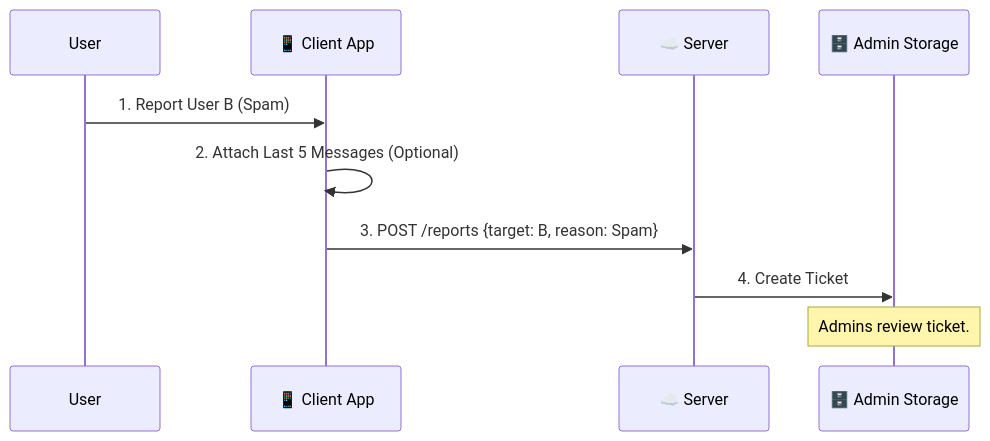
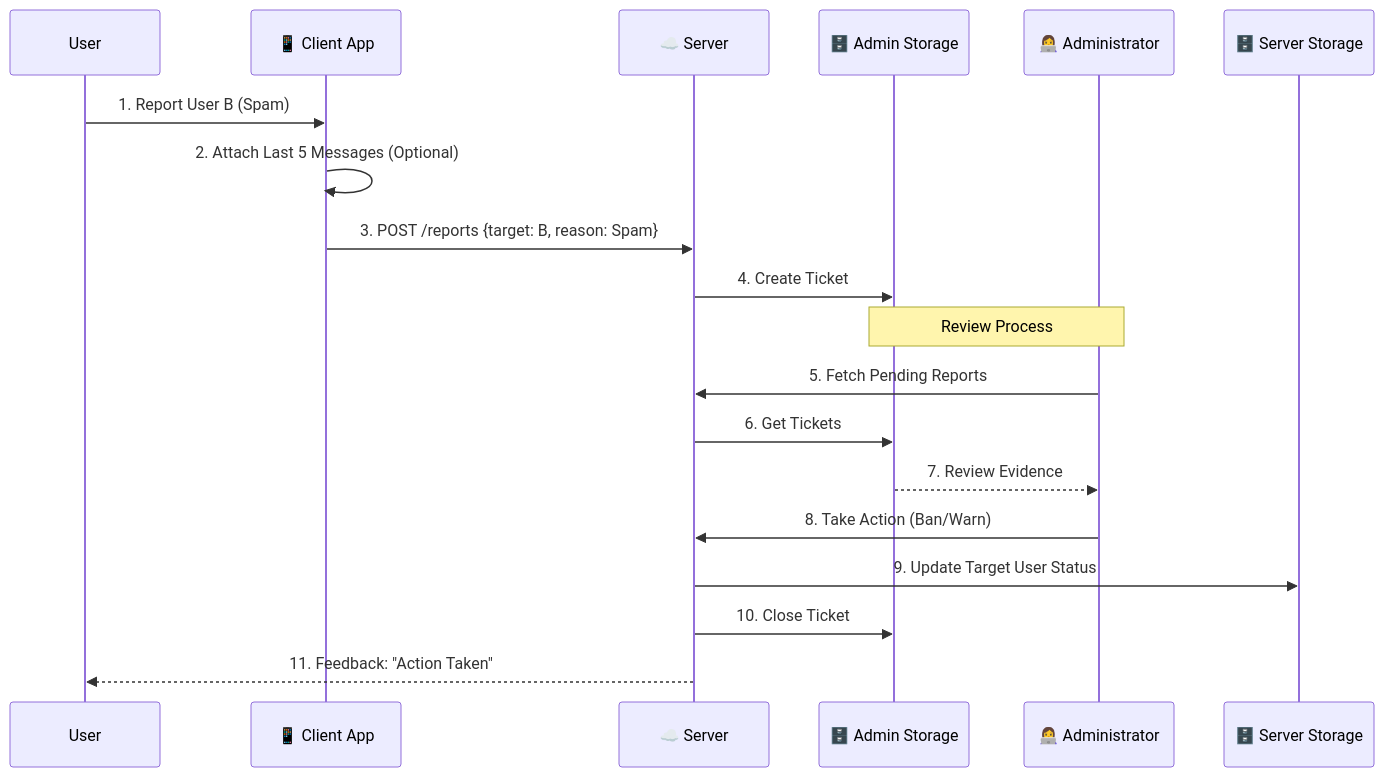
Diagram 12 of 18 in CompleteUseCaseFlows.md (pingappduniya-oss/Ping-App-Complete-Use-Case-Flows-Technical-Deep-Dive-), drawn with Mermaid before and after one commit. The commit also changed other lines of this file, not shown here.

````diff
--- a/CompleteUseCaseFlows.md
+++ b/CompleteUseCaseFlows.md
@@ -275,13 +275,24 @@
 ```mermaid
 sequenceDiagram
     participant User
     participant App as 📱 Client App
     participant Server as ☁️ Server
     participant AS as 🗄️ Admin Storage
+    participant Admin as 👩‍💻 Administrator
+    participant SS as 🗄️ Server Storage
 
     User->>App: 1. Report User B (Spam)
     App->>App: 2. Attach Last 5 Messages (Optional)
     App->>Server: 3. POST /reports {target: B, reason: Spam}
     Server->>AS: 4. Create Ticket
-    Note over AS: Admins review ticket.
+    
+    Note over Admin, AS: Review Process
+    Admin->>Server: 5. Fetch Pending Reports
+    Server->>AS: 6. Get Tickets
+    AS-->>Admin: 7. Review Evidence
+    
+    Admin->>Server: 8. Take Action (Ban/Warn)
+    Server->>SS: 9. Update Target User Status
+    Server->>AS: 10. Close Ticket
+    Server-->>User: 11. Feedback: "Action Taken"
 ```
````
